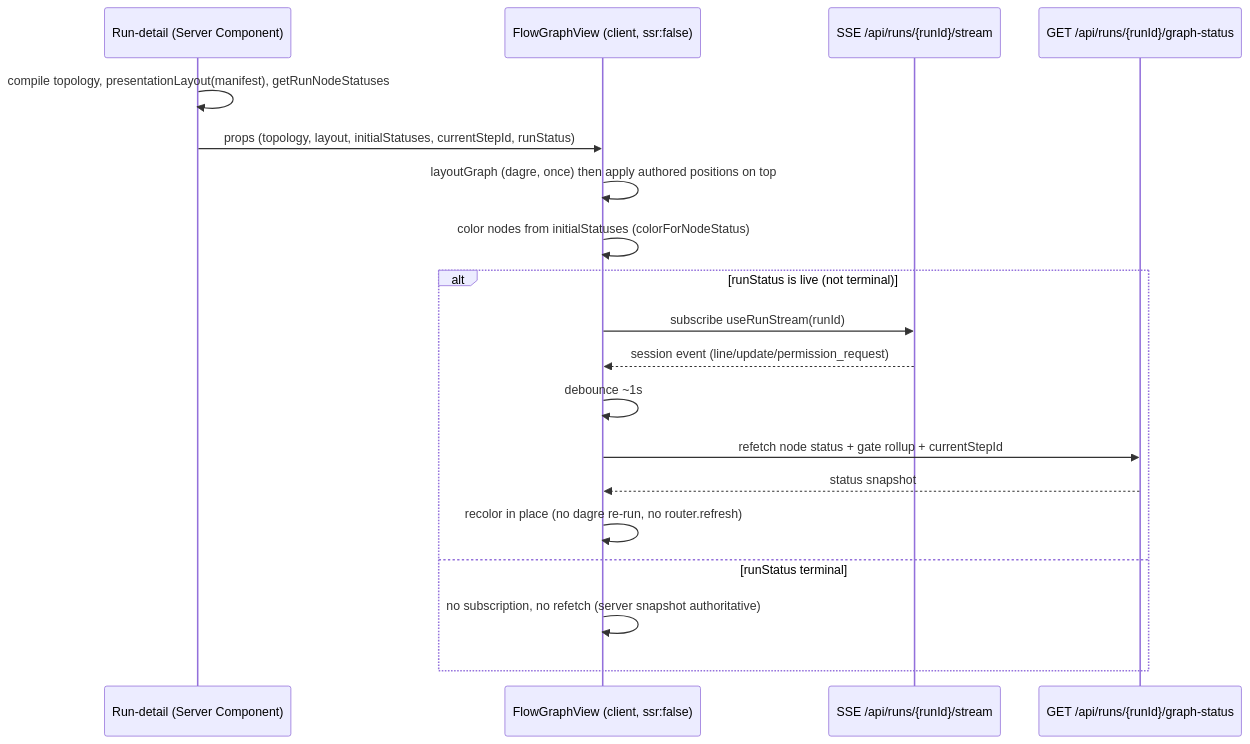
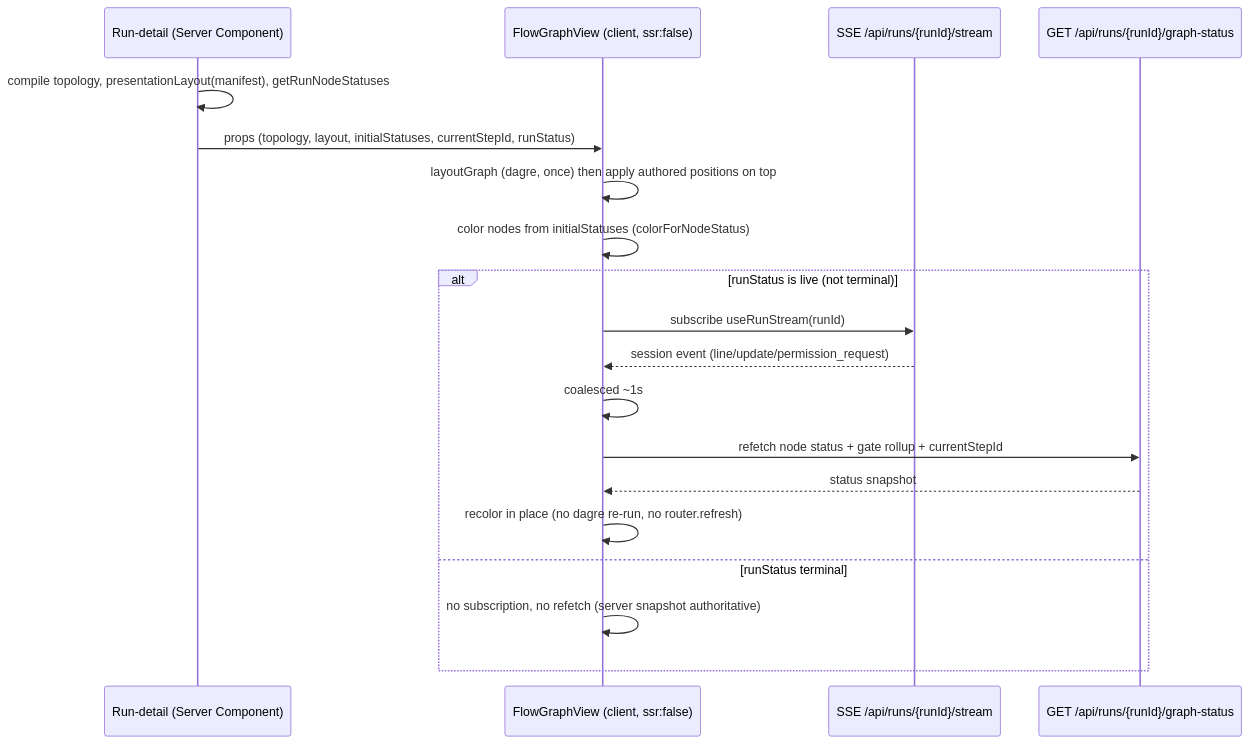
The second of 6 diagrams in docs/system-analytics/workbench.md (maister-dev/maister), drawn with Mermaid before and after one commit. The commit also changed other lines of this file and 51 other files, not shown here.

````diff
--- a/docs/system-analytics/workbench.md
+++ b/docs/system-analytics/workbench.md
@@ -119,22 +119,22 @@
 ```mermaid
 sequenceDiagram
     participant P as Run-detail (Server Component)
     participant C as FlowGraphView (client, ssr:false)
     participant S as SSE /api/runs/{runId}/stream
     participant ST as GET /api/runs/{runId}/graph-status
 
     P->>P: compile topology, presentationLayout(manifest), getRunNodeStatuses
     P->>C: props (topology, layout, initialStatuses, currentStepId, runStatus)
     C->>C: layoutGraph (dagre, once) then apply authored positions on top
     C->>C: color nodes from initialStatuses (colorForNodeStatus)
     alt runStatus is live (not terminal)
         C->>S: subscribe useRunStream(runId)
         S-->>C: session event (line/update/permission_request)
-        C->>C: debounce ~1s
+        C->>C: coalesced ~1s
         C->>ST: refetch node status + gate rollup + currentStepId
         ST-->>C: status snapshot
         C->>C: recolor in place (no dagre re-run, no router.refresh)
     else runStatus terminal
         C->>C: no subscription, no refetch (server snapshot authoritative)
     end
 ```
````
